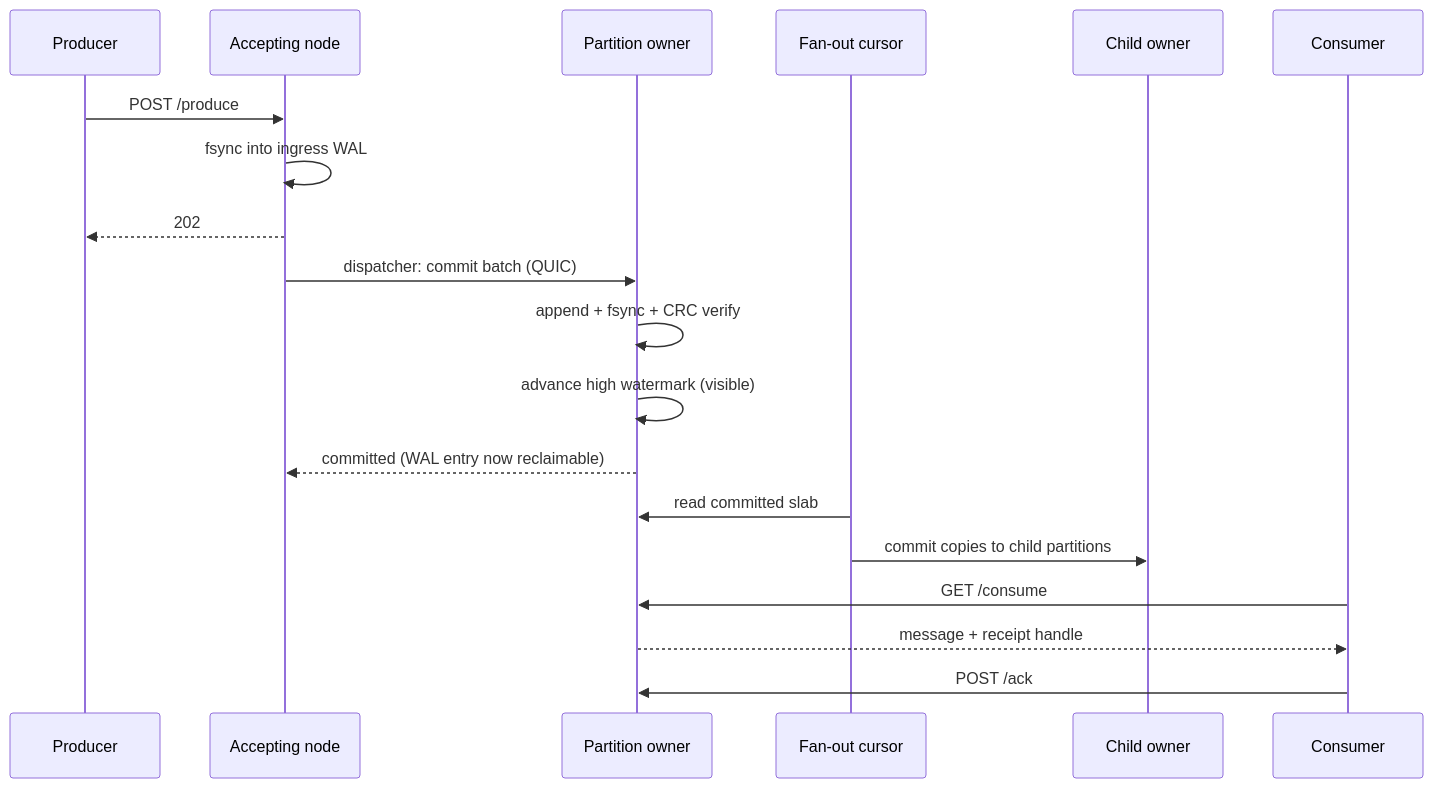
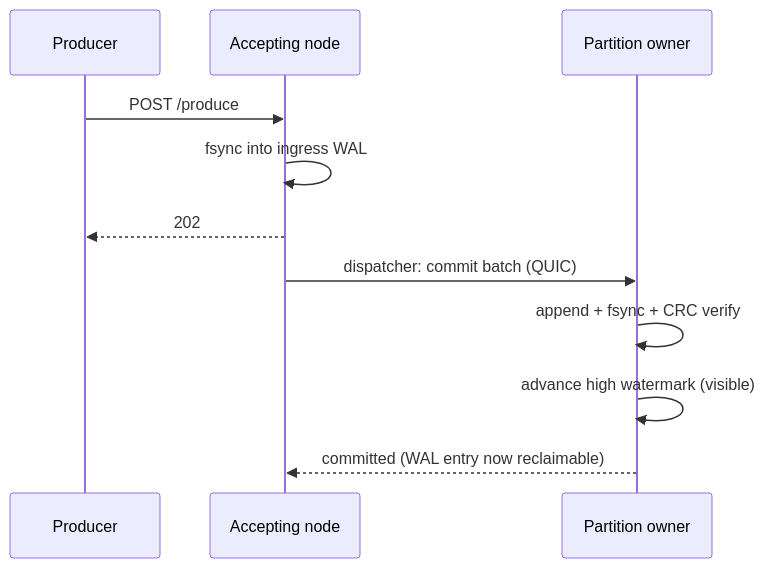
The third of 4 diagrams in docs/understand/index.md (DebanganThakuria/narad), drawn with Mermaid before and after one commit. The commit also changed other lines of this file and 44 other files, not shown here.

````diff
--- a/docs/understand/index.md
+++ b/docs/understand/index.md
@@ -65,23 +80,15 @@
 ```mermaid
 sequenceDiagram
-    accTitle: One message from producer to consumer
-    accDescr: The producer posts to any node, which fsyncs the message into its ingress WAL and answers 202. The dispatcher commits it to the partition owner, which appends, fsyncs, verifies and advances the high watermark, then confirms so the WAL entry can be reclaimed. A fan-out cursor reads the committed records and commits copies to child partitions. A consumer gets the message with a receipt handle from the owner and acks it.
+    accTitle: One message from producer to owner
+    accDescr: The producer posts to any node, which fsyncs the message into its ingress WAL and answers 202. That node's dispatcher commits it to the partition owner, which appends, fsyncs, verifies the checksum and advances the high watermark, so the message becomes visible, then confirms so the WAL entry can be reclaimed.
     participant P as Producer
     participant A as Accepting node
     participant O as Partition owner
-    participant F as Fan-out cursor
-    participant CH as Child owner
-    participant C as Consumer
     P->>A: POST /produce
     A->>A: fsync into ingress WAL
     A-->>P: 202
     A->>O: dispatcher: commit batch (QUIC)
     O->>O: append + fsync + CRC verify
     O->>O: advance high watermark (visible)
     O-->>A: committed (WAL entry now reclaimable)
-    F->>O: read committed slab
-    F->>CH: commit copies to child partitions
-    C->>O: GET /consume
-    O-->>C: message + receipt handle
-    C->>O: POST /ack
 ```
````
